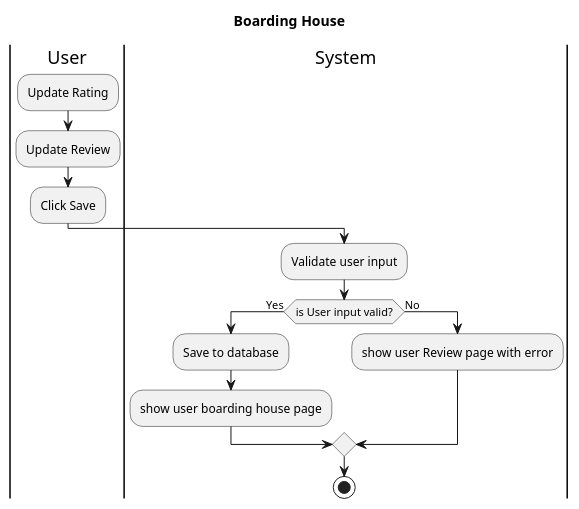
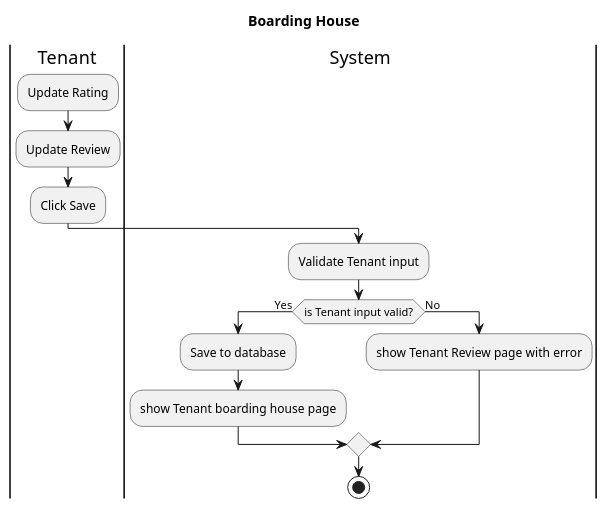
Before and after one commit to AntWort21/BHFMS: the diagram in Design/BHFMS_ACTIVITY/Update Review.puml, drawn with PlantUML. The commit also changed 11 other files, not shown here.

Commit message:
adjusted all diagram's actor

```diff
--- a/Design/BHFMS_ACTIVITY/Update Review.puml
+++ b/Design/BHFMS_ACTIVITY/Update Review.puml
@@ -1,17 +1,17 @@
 @startuml
 title Boarding House
-|User|
+|Tenant|
     :Update Rating;
     :Update Review;
     :Click Save;
     
 |System|
-    :Validate user input;
-    If (is User input valid?) then (Yes)
+    :Validate Tenant input;
+    If (is Tenant input valid?) then (Yes)
         :Save to database;
-        :show user boarding house page;
+        :show Tenant boarding house page;
     else (No)
-        :show user Review page with error;
+        :show Tenant Review page with error;
     endif
     stop
 @enduml
```
